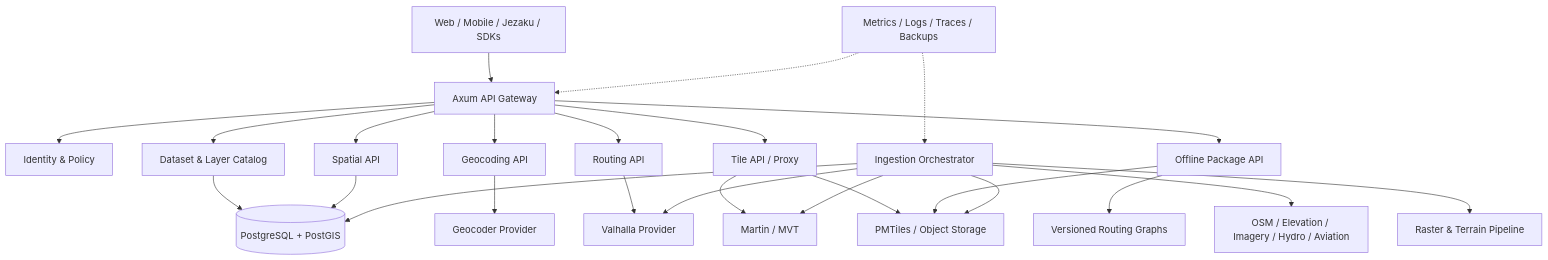
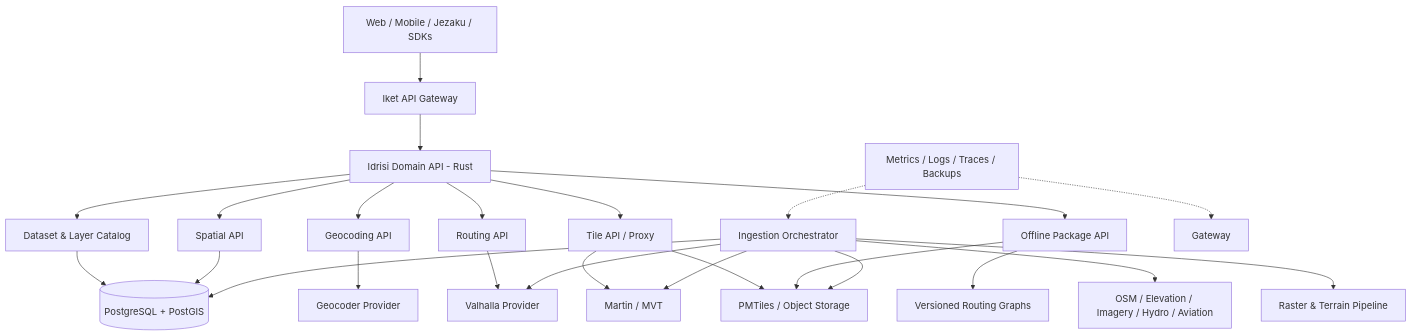
Before and after one commit to andalus-ai/idrisi: the diagram in docs/architecture/overview.md, drawn with Mermaid. The commit also changed other lines of this file, not shown here.

Commit message:
docs: integrate Iket into Idrisi architecture

````diff
--- a/docs/architecture/overview.md
+++ b/docs/architecture/overview.md
@@ -29,30 +29,30 @@
 ```mermaid
 flowchart TB
-  Clients[Web / Mobile / Jezaku / SDKs] --> Gateway[Axum API Gateway]
-  Gateway --> Auth[Identity & Policy]
-  Gateway --> Catalog[Dataset & Layer Catalog]
-  Gateway --> Spatial[Spatial API]
-  Gateway --> Geo[Geocoding API]
-  Gateway --> Route[Routing API]
-  Gateway --> Tiles[Tile API / Proxy]
-  Gateway --> Offline[Offline Package API]
+  Clients[Web / Mobile / Jezaku / SDKs] --> Iket[Iket API Gateway]
+  Iket --> API[Idrisi Domain API - Rust]
+  API --> Catalog[Dataset & Layer Catalog]
+  API --> Spatial[Spatial API]
+  API --> Geo[Geocoding API]
+  API --> Route[Routing API]
+  API --> Tiles[Tile API / Proxy]
+  API --> Offline[Offline Package API]
 
   Catalog --> PG[(PostgreSQL + PostGIS)]
   Spatial --> PG
   Geo --> Geocoder[Geocoder Provider]
   Route --> Router[Valhalla Provider]
   Tiles --> Martin[Martin / MVT]
   Tiles --> PM[PMTiles / Object Storage]
   Offline --> PM
   Offline --> Graphs[Versioned Routing Graphs]
 
   Ingest[Ingestion Orchestrator] --> Sources[OSM / Elevation / Imagery / Hydro / Aviation]
   Ingest --> PG
   Ingest --> Raster[Raster & Terrain Pipeline]
   Ingest --> Martin
   Ingest --> Router
   Ingest --> PM
 
   Ops[Metrics / Logs / Traces / Backups] -.-> Gateway
   Ops -.-> Ingest
 ```
````
